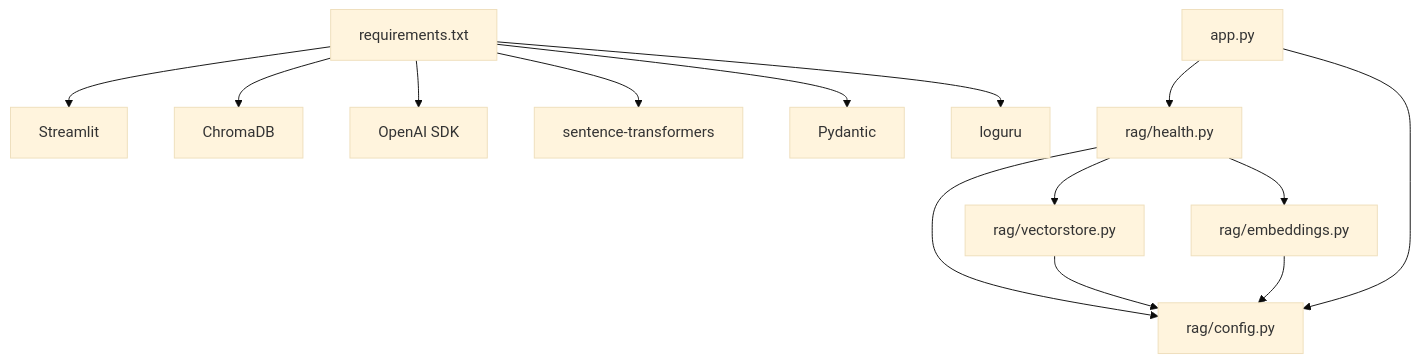
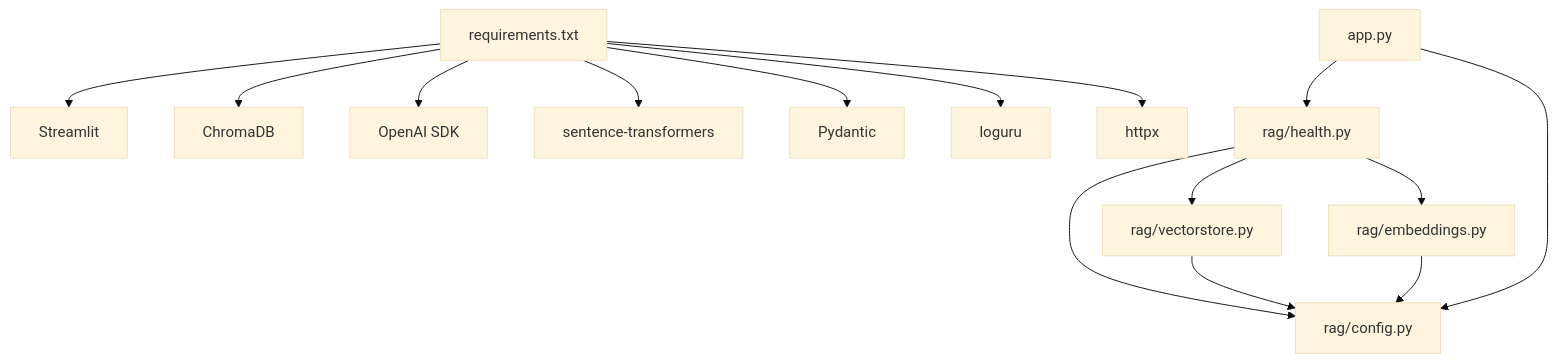
The eighth of 8 diagrams in .qoder/repowiki/zh/content/RAG核心引擎/健康检查系统.md (joyafa/knowledge), drawn with Mermaid (base theme) before and after one commit. The commit also changed other lines of this file and 20 other files, not shown here.

````diff
--- a/.qoder/repowiki/zh/content/RAG核心引擎/健康检查系统.md
+++ b/.qoder/repowiki/zh/content/RAG核心引擎/健康检查系统.md
@@ -350,16 +363,17 @@
 ```mermaid
 graph TB
 REQ["requirements.txt"] --> STR["Streamlit"]
 REQ --> CHROMA["ChromaDB"]
 REQ --> OPENAI["OpenAI SDK"]
 REQ --> ST["sentence-transformers"]
 REQ --> PYD["Pydantic"]
 REQ --> LOG["loguru"]
+REQ --> HTTPX["httpx"]
 HEALTH["rag/health.py"] --> CFG["rag/config.py"]
 HEALTH --> VS["rag/vectorstore.py"]
 HEALTH --> EMB["rag/embeddings.py"]
 VS --> CFG
 EMB --> CFG
 APP["app.py"] --> HEALTH
 APP --> CFG
 ```
````
